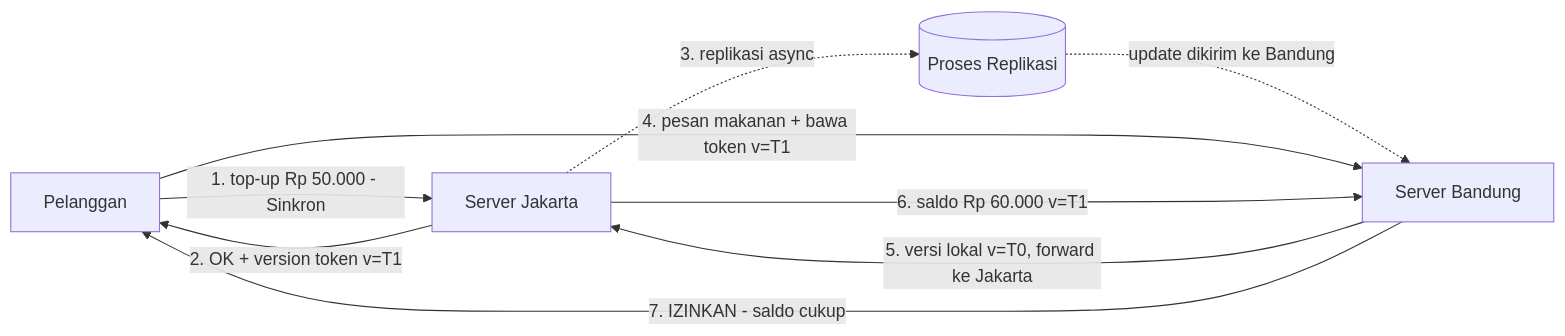
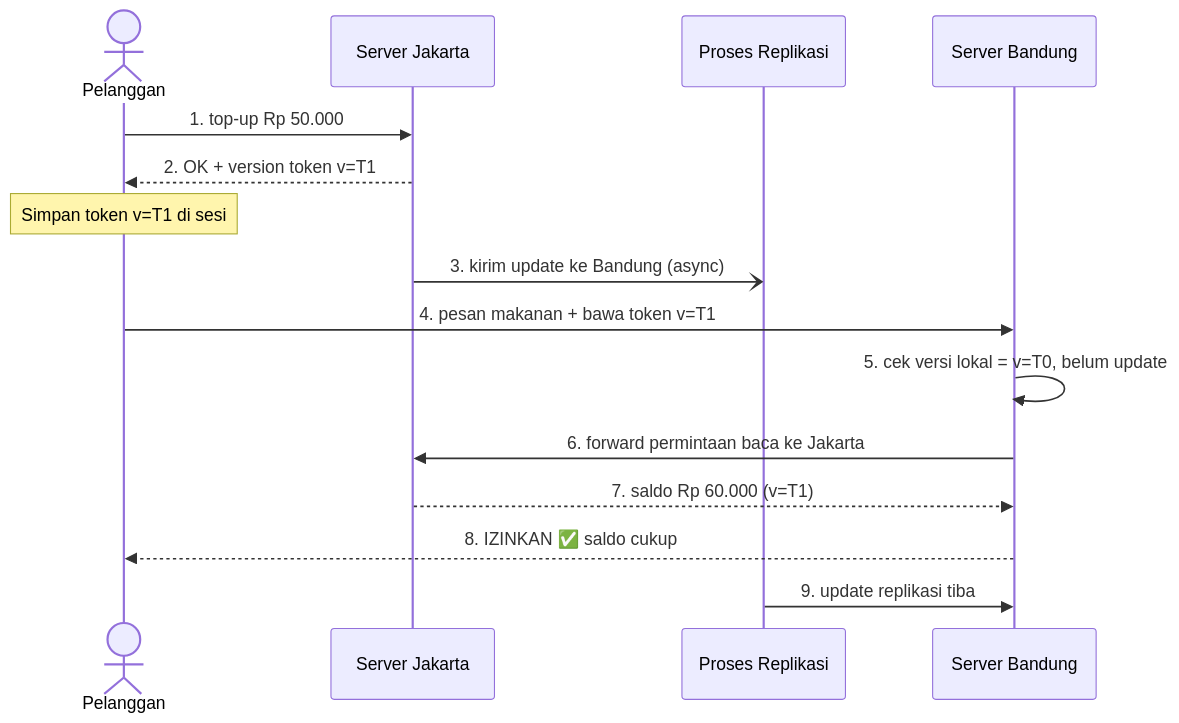
The second of 2 diagrams in tugas-07-konsistensi-data/README.md (Helmizar/komputasi-awan-dan-terdistribusi), drawn with Mermaid before and after one commit. The commit also changed other lines of this file, not shown here.

Commit message:
Update README.md
update analisis nomor 3

````diff
--- a/tugas-07-konsistensi-data/README.md
+++ b/tugas-07-konsistensi-data/README.md
@@ -34,11 +40,18 @@
 ```mermaid
-graph LR
-  P[Pelanggan] -->|1. top-up Rp 50.000 - Sinkron| JKT[Server Jakarta]
-  JKT -->|2. OK + version token v=T1| P
-  JKT -.->|3. replikasi async| REP[(Proses Replikasi)]
-  REP -.->|update dikirim ke Bandung| BDG[Server Bandung]
-  P -->|4. pesan makanan + bawa token v=T1| BDG
-  BDG -->|5. versi lokal v=T0, forward ke Jakarta| JKT
-  JKT -->|6. saldo Rp 60.000 v=T1| BDG
-  BDG -->|7. IZINKAN - saldo cukup| P
+sequenceDiagram
+    actor P as Pelanggan
+    participant JKT as Server Jakarta
+    participant REP as Proses Replikasi
+    participant BDG as Server Bandung
+
+    P->>JKT: 1. top-up Rp 50.000
+    JKT-->>P: 2. OK + version token v=T1
+    Note over P: Simpan token v=T1 di sesi
+    JKT-)REP: 3. kirim update ke Bandung (async)
+    P->>BDG: 4. pesan makanan + bawa token v=T1
+    BDG->>BDG: 5. cek versi lokal = v=T0, belum update
+    BDG->>JKT: 6. forward permintaan baca ke Jakarta
+    JKT-->>BDG: 7. saldo Rp 60.000 (v=T1)
+    BDG-->>P: 8. IZINKAN ✅ saldo cukup
+    REP->>BDG: 9. update replikasi tiba
 ```
````
